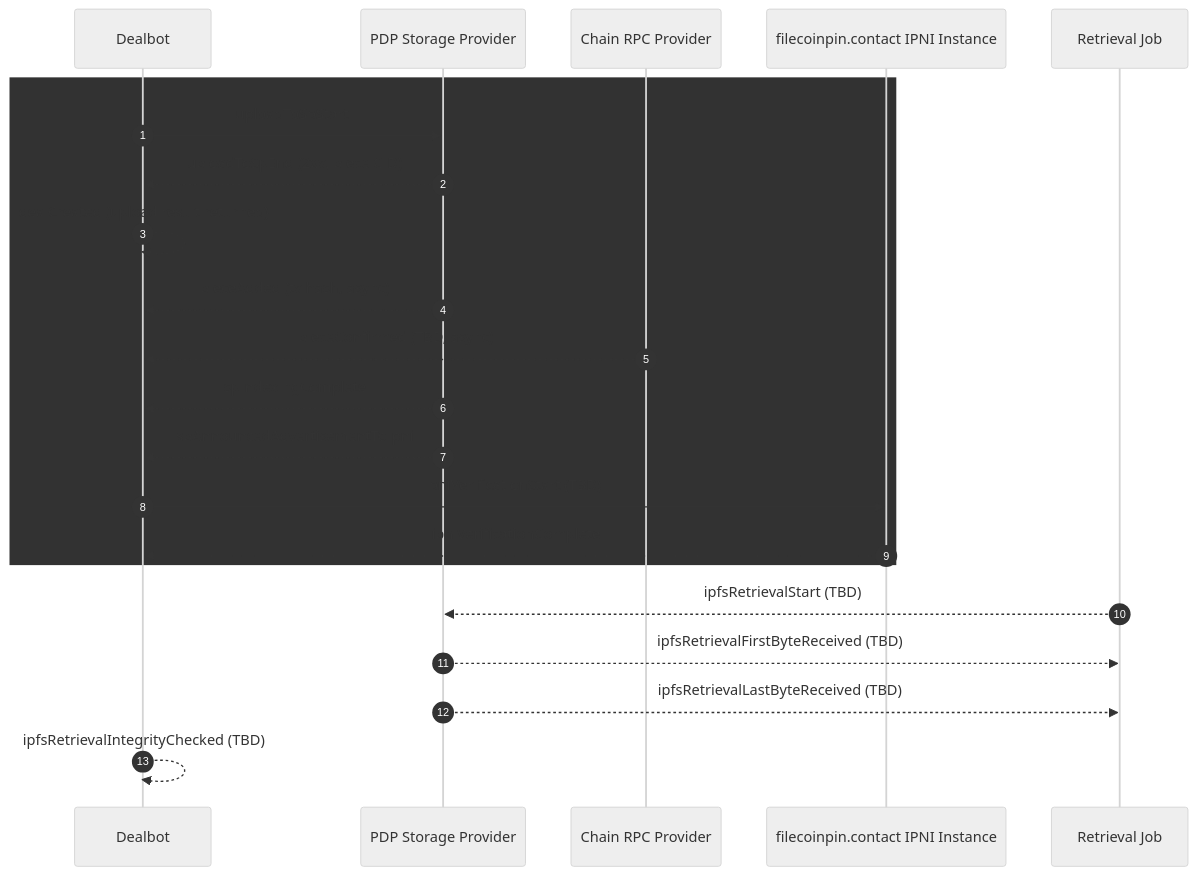
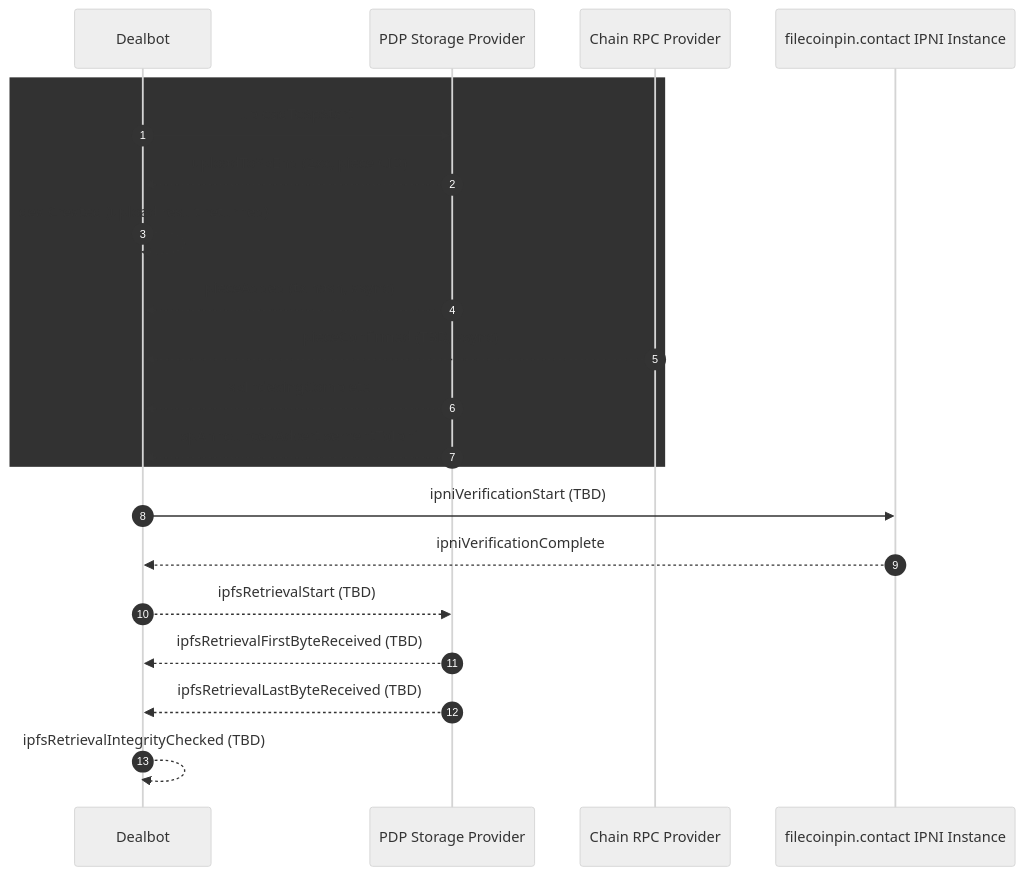
The diagram in docs/checks/events-and-metrics.md (FilOzone/dealbot), drawn with Mermaid (neutral theme) before and after one commit. The commit also changed other lines of this file and 2 other files, not shown here.

Commit message:
Incorporating feedback based on @sgtpooki 2026-02-05 discussion

````diff
--- a/docs/checks/events-and-metrics.md
+++ b/docs/checks/events-and-metrics.md
@@ -13,27 +13,26 @@
 ```mermaid
 sequenceDiagram
   autonumber
   participant Dealbot
   participant SP as PDP Storage Provider
   participant RPC as Chain RPC Provider
   participant IPNI as filecoinpin.contact IPNI Instance
-  participant Retrieval as Retrieval Job
 
   rect rgb(50, 50, 50)
     %% Data Storage Only
     Dealbot->>SP: uploadToSpStart
     SP-->>Dealbot: uploadToSpEnd (2xx, piece CID)
     Dealbot-->>Dealbot: dealCreated (upload result returned)
     SP-->>Dealbot: pieceAdded (tx hash, async)
     RPC-->>Dealbot: pieceConfirmed (TBD, async)
     SP-->>Dealbot: spIndexingComplete
     SP-->>Dealbot: spAnnouncedAdvertisementToIpni
-    Dealbot->>IPNI: ipniVerificationStart (TBD)
-    IPNI-->>Dealbot: ipniVerificationComplete
   end
-
-  Retrieval-->>SP: ipfsRetrievalStart (TBD)
-  SP-->>Retrieval: ipfsRetrievalFirstByteReceived (TBD)
-  SP-->>Retrieval: ipfsRetrievalLastByteReceived (TBD)
+    
+  Dealbot->>IPNI: ipniVerificationStart (TBD)
+  IPNI-->>Dealbot: ipniVerificationComplete
+  Dealbot-->>SP: ipfsRetrievalStart (TBD)
+  SP-->>Dealbot: ipfsRetrievalFirstByteReceived (TBD)
+  SP-->>Dealbot: ipfsRetrievalLastByteReceived (TBD)
   Dealbot-->>Dealbot: ipfsRetrievalIntegrityChecked (TBD)
 ```
````
